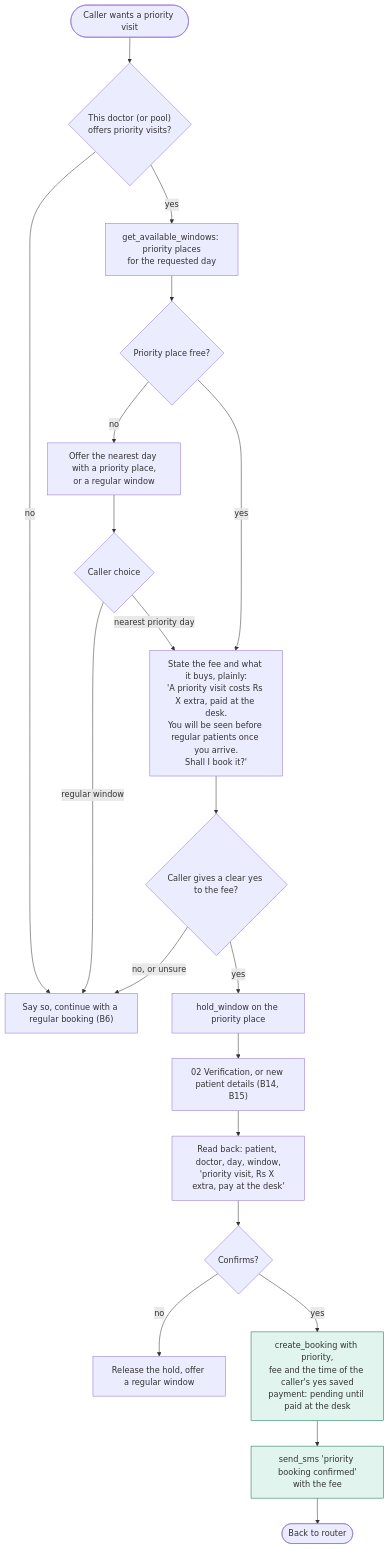
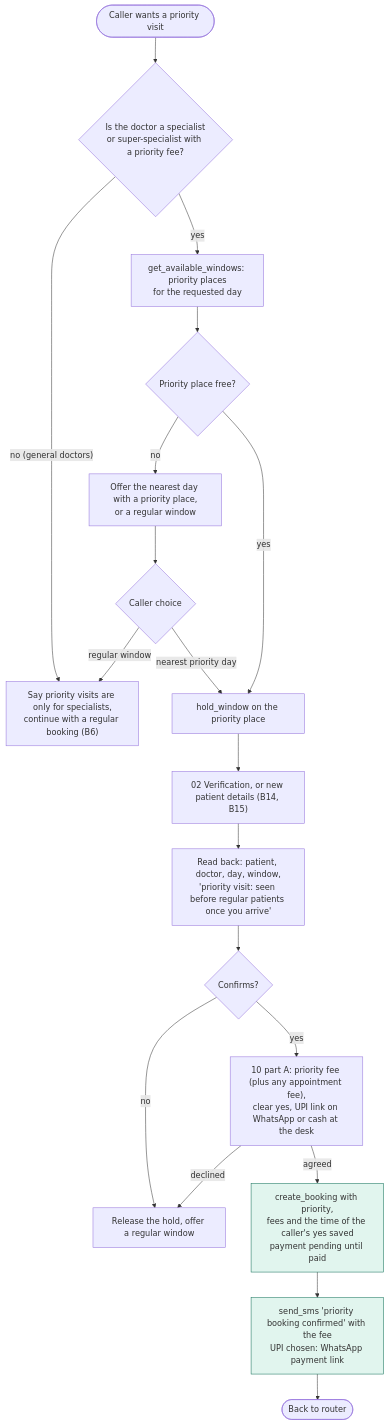
One commit to Anupamgt/tts-agent-1 changed the second of 2 diagrams in docs/flows/03-appointment-booking.md. Above: the diagram before and after it, drawn with Mermaid. The commit also changed other lines of this file and 13 other files, not shown here.

````diff
--- a/docs/flows/03-appointment-booking.md
+++ b/docs/flows/03-appointment-booking.md
@@ -92,25 +97,24 @@
 ```mermaid
 flowchart TD
-    P0(["Caller wants a priority visit"]) --> P1{"This doctor (or pool)<br/>offers priority visits?"}
-    P1 -->|"no"| P1a["Say so, continue with a regular booking (B6)"]
+    P0(["Caller wants a priority visit"]) --> P1{"Is the doctor a specialist<br/>or super-specialist with a priority fee?"}
+    P1 -->|"no (general doctors)"| P1a["Say priority visits are only for specialists,<br/>continue with a regular booking (B6)"]
     P1 -->|"yes"| P2["get_available_windows: priority places<br/>for the requested day"]
     P2 --> P3{"Priority place free?"}
     P3 -->|"no"| P3a["Offer the nearest day with a priority place,<br/>or a regular window"]
     P3a --> P3b{"Caller choice"}
     P3b -->|"nearest priority day"| P4
     P3b -->|"regular window"| P1a
-    P3 -->|"yes"| P4["State the fee and what it buys, plainly:<br/>'A priority visit costs Rs X extra, paid at the desk.<br/>You will be seen before regular patients once you arrive.<br/>Shall I book it?'"]
-    P4 --> P5{"Caller gives a clear yes to the fee?"}
-    P5 -->|"no, or unsure"| P1a
-    P5 -->|"yes"| P6["hold_window on the priority place"]
-    P6 --> P7["02 Verification, or new patient details (B14, B15)"]
-    P7 --> P8["Read back: patient, doctor, day, window,<br/>'priority visit, Rs X extra, pay at the desk'"]
+    P3 -->|"yes"| P4["hold_window on the priority place"]
+    P4 --> P7["02 Verification, or new patient details (B14, B15)"]
+    P7 --> P8["Read back: patient, doctor, day, window,<br/>'priority visit: seen before regular patients once you arrive'"]
     P8 --> P9{"Confirms?"}
     P9 -->|"no"| REL2["Release the hold, offer a regular window"]
-    P9 -->|"yes"| P10["create_booking with priority,<br/>fee and the time of the caller's yes saved<br/>payment: pending until paid at the desk"]
-    P10 --> P11["send_sms 'priority booking confirmed'<br/>with the fee"]
+    P9 -->|"yes"| P5["10 part A: priority fee (plus any appointment fee),<br/>clear yes, UPI link on WhatsApp or cash at the desk"]
+    P5 -->|"declined"| REL2
+    P5 -->|"agreed"| P10["create_booking with priority,<br/>fees and the time of the caller's yes saved<br/>payment pending until paid"]
+    P10 --> P11["send_sms 'priority booking confirmed' with the fee<br/>UPI chosen: WhatsApp payment link"]
     P11 --> P12(["Back to router"])
 
     classDef agent fill:#e1f5ee,stroke:#0f6e56;
     class P10,P11 agent;
 ```
````
